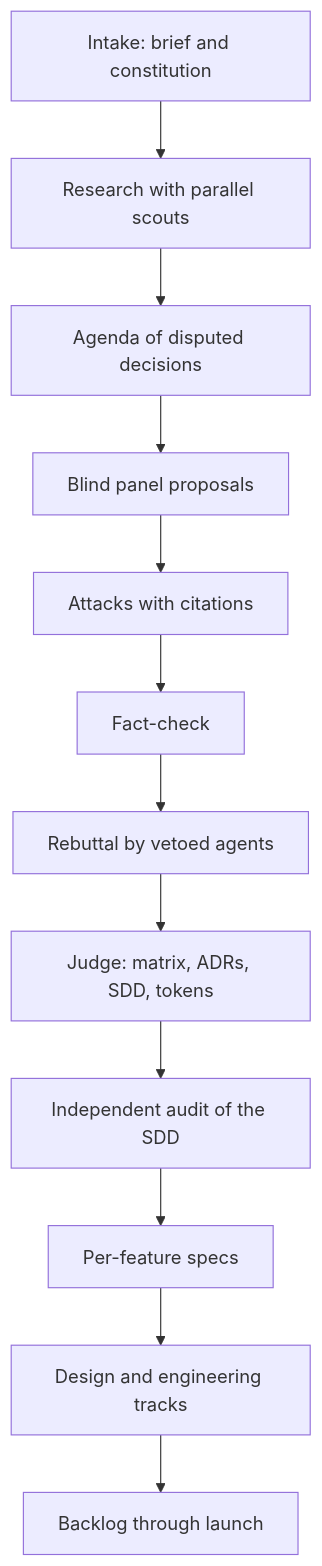
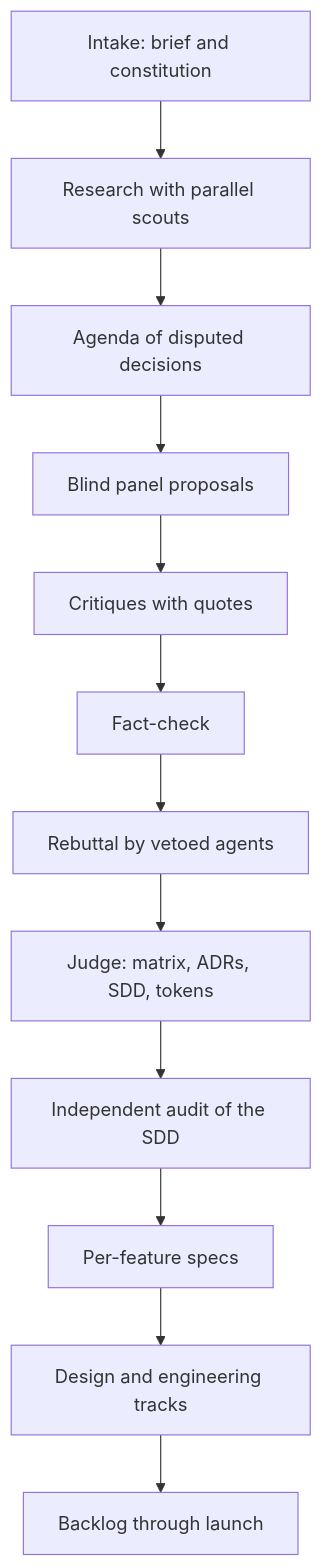
The diagram in README.md (DiMarcoSK/open-debate), drawn with Mermaid before and after one commit. The commit also changed other lines of this file and 126 other files, not shown here.

````diff
--- a/README.md
+++ b/README.md
@@ -154,14 +154,14 @@
 ```mermaid
 flowchart TD
   A[Intake: brief and constitution] --> B[Research with parallel scouts]
   B --> B2[Agenda of disputed decisions]
   B2 --> C[Blind panel proposals]
-  C --> D[Attacks with citations]
+  C --> D[Critiques with quotes]
   D --> E[Fact-check]
   E --> F[Rebuttal by vetoed agents]
   F --> G[Judge: matrix, ADRs, SDD, tokens]
   G --> G2[Independent audit of the SDD]
   G2 --> H[Per-feature specs]
   H --> I[Design and engineering tracks]
   I --> J[Backlog through launch]
 ```
````
